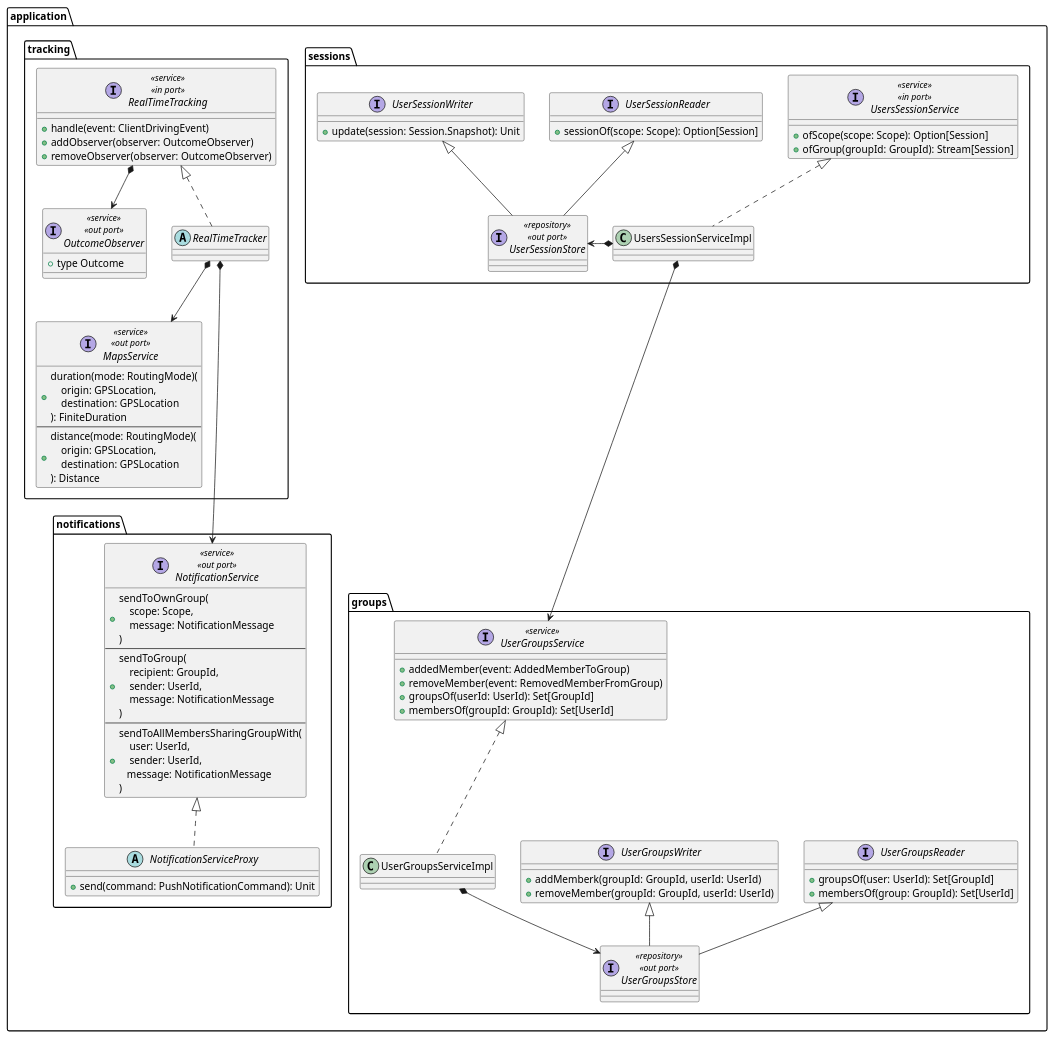
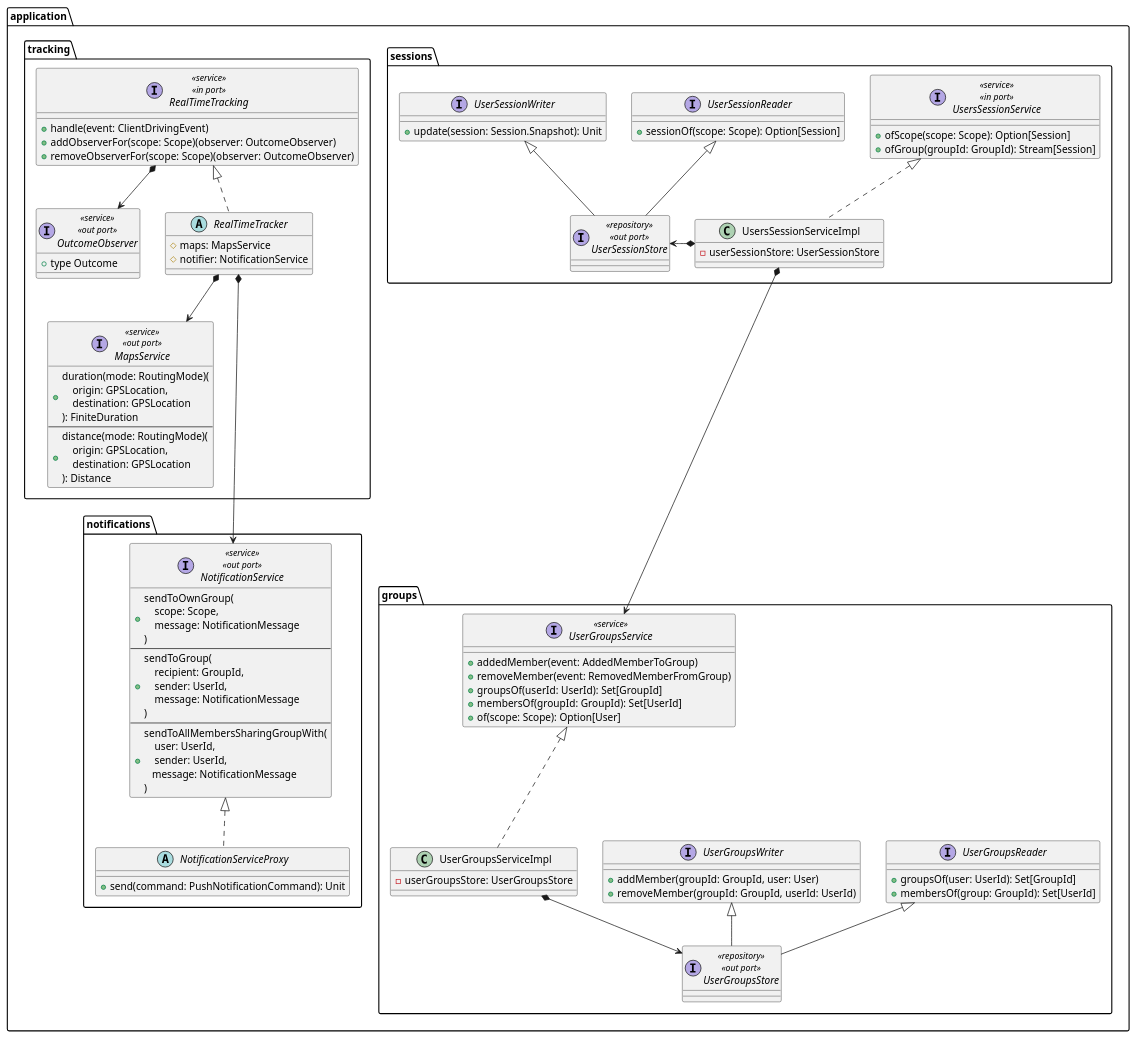
One commit to position-pal/Documentation changed the second of 4 diagrams in content/docs/4-detailed-design/2-location-service.md. Above: the diagram before and after it, drawn with PlantUML. The commit also changed other lines of this file and 3 other files, not shown here.

```diff
--- a/content/docs/4-detailed-design/2-location-service.md
+++ b/content/docs/4-detailed-design/2-location-service.md
@@ -191,7 +192,7 @@
             + membersOf(group: GroupId): Set[UserId]
         }
         interface UserGroupsWriter {
-            + addMemberk(groupId: GroupId, userId: UserId)
+            + addMember(groupId: GroupId, user: User)
             + removeMember(groupId: GroupId, userId: UserId)
         }
         interface UserGroupsStore <<repository>> <<out port>> extends UserGroupsReader, UserGroupsWriter 
@@ -201,8 +202,11 @@
             + removeMember(event: RemovedMemberFromGroup)
             + groupsOf(userId: UserId): Set[GroupId]
             + membersOf(groupId: GroupId): Set[UserId]
+            + of(scope: Scope): Option[User]
         }
-        class UserGroupsServiceImpl implements UserGroupsService
+        class UserGroupsServiceImpl implements UserGroupsService {
+            - userGroupsStore: UserGroupsStore
+        }
         UserGroupsServiceImpl *--> UserGroupsStore
     }
 
@@ -233,7 +237,9 @@
             + ofGroup(groupId: GroupId): Stream[Session]
         }
 
-        class UsersSessionServiceImpl implements UsersSessionService
+        class UsersSessionServiceImpl implements UsersSessionService {
+            - userSessionStore: UserSessionStore
+        }
         UsersSessionServiceImpl *-left-> UserSessionStore
         UsersSessionServiceImpl *---> UserGroupsService
     }
@@ -251,12 +257,15 @@
 
         interface RealTimeTracking <<service>> <<in port>> {
             + handle(event: ClientDrivingEvent)
-            + addObserver(observer: OutcomeObserver)
-            + removeObserver(observer: OutcomeObserver)
+            + addObserverFor(scope: Scope)(observer: OutcomeObserver)
+            + removeObserverFor(scope: Scope)(observer: OutcomeObserver)
         }
         RealTimeTracking *--> OutcomeObserver
 
-        abstract class RealTimeTracker implements RealTimeTracking 
+        abstract class RealTimeTracker implements RealTimeTracking {
+            # maps: MapsService
+            # notifier: NotificationService
+        }
         RealTimeTracker *--> MapsService
         RealTimeTracker *---> NotificationService
     }
```
